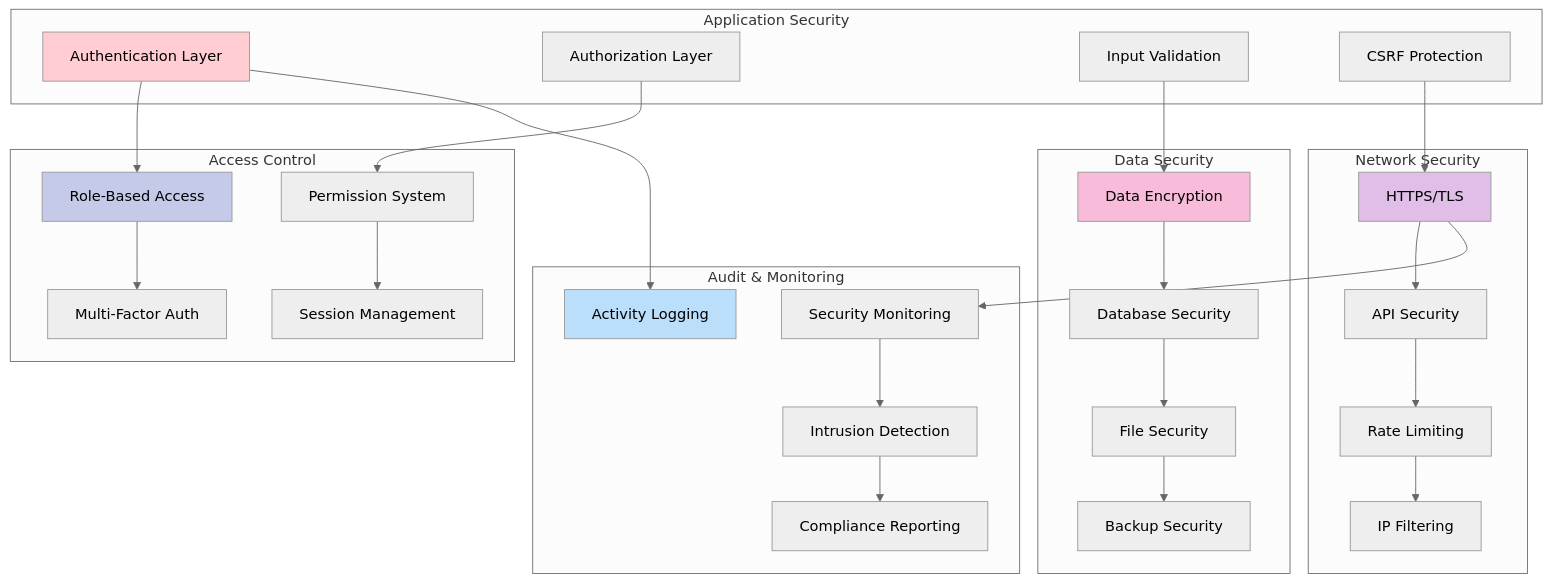
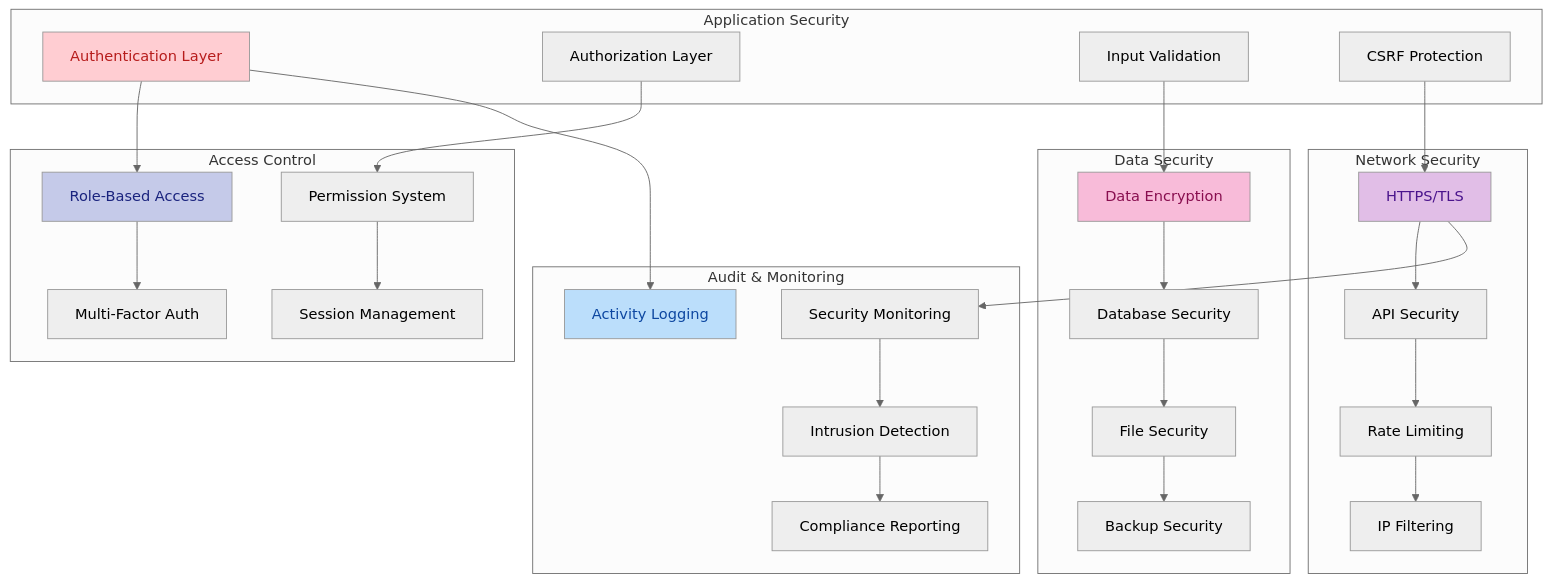
Before and after one commit to db4rnR/aureuserp: diagram 20 of 22 in docs/090-system-diagrams.md, drawn with Mermaid (neutral theme). The commit also changed other lines of this file and 923 other files, not shown here.

````diff
--- a/docs/090-system-diagrams.md
+++ b/docs/090-system-diagrams.md
@@ -1275,64 +1275,64 @@
 ```mermaid
 flowchart TD
     subgraph "Application Security"
         A[Authentication Layer]
         B[Authorization Layer]
         C[Input Validation]
         D[CSRF Protection]
     end
     
     subgraph "Data Security"
         E[Data Encryption]
         F[Database Security]
         G[File Security]
         H[Backup Security]
     end
     
     subgraph "Network Security"
         I[HTTPS/TLS]
         J[API Security]
         K[Rate Limiting]
         L[IP Filtering]
     end
     
     subgraph "Access Control"
         M[Role-Based Access]
         N[Permission System]
         O[Multi-Factor Auth]
         P[Session Management]
     end
     
     subgraph "Audit & Monitoring"
         Q[Activity Logging]
         R[Security Monitoring]
         S[Intrusion Detection]
         T[Compliance Reporting]
     end
     
     A --> M
     B --> N
     C --> E
     D --> I
     
     E --> F
     F --> G
     G --> H
     
     I --> J
     J --> K
     K --> L
     
     M --> O
     N --> P
     
     A --> Q
     I --> R
     R --> S
     S --> T
     
-    style A fill:#ffcdd2
-    style E fill:#f8bbd9
-    style I fill:#e1bee7
-    style M fill:#c5cae9
-    style Q fill:#bbdefb
+    style A fill:#ffcdd2,color:#b71c1c
+    style E fill:#f8bbd9,color:#880e4f
+    style I fill:#e1bee7,color:#4a148c
+    style M fill:#c5cae9,color:#1a237e
+    style Q fill:#bbdefb,color:#0d47a1
 ```
````
